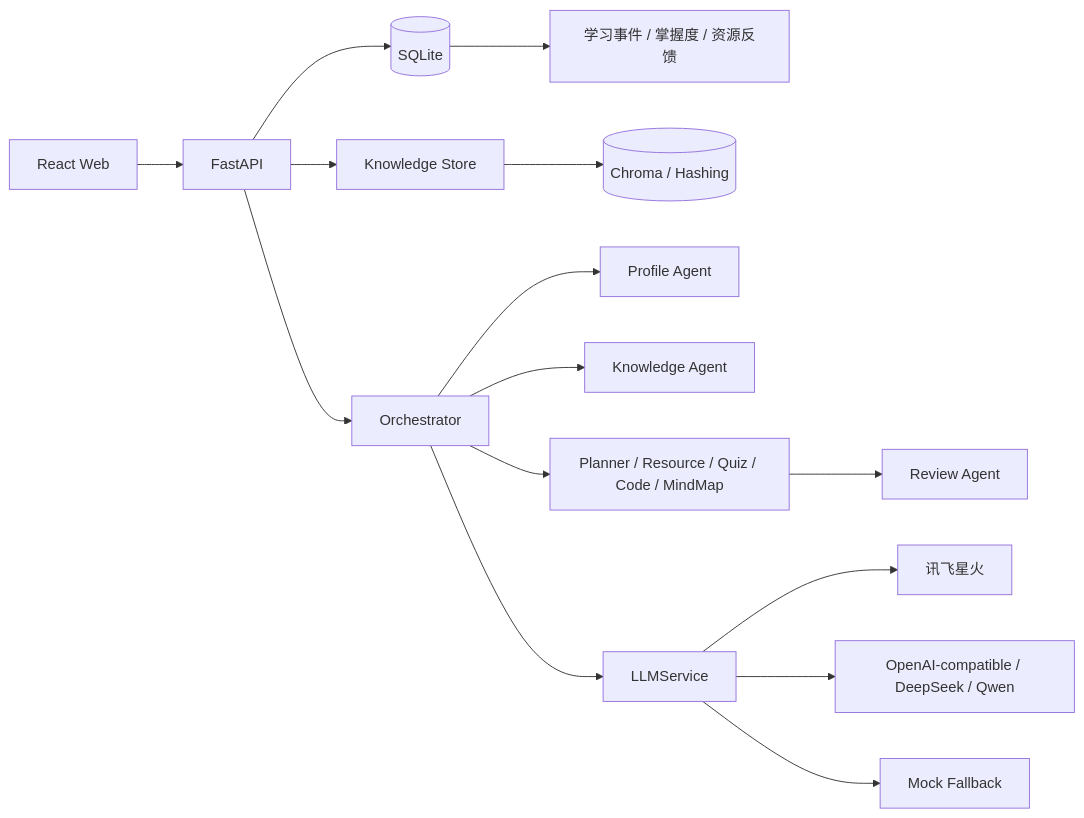
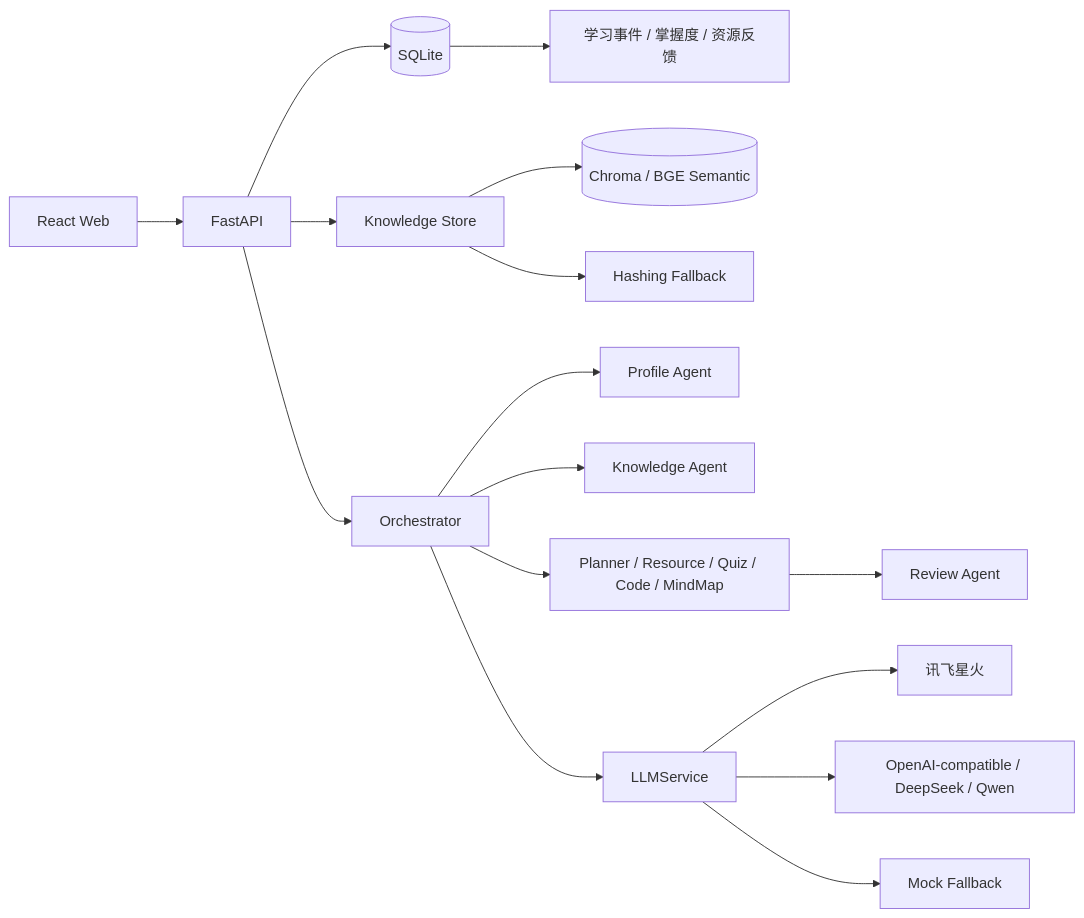
Before and after one commit to muyou2/ruanjianbei: the diagram in docs/ARCHITECTURE.md, drawn with Mermaid. The commit also changed other lines of this file and 28 other files, not shown here.

````diff
--- a/docs/ARCHITECTURE.md
+++ b/docs/ARCHITECTURE.md
@@ -3,17 +3,18 @@
 ```mermaid
 flowchart LR
   UI[React Web] --> API[FastAPI]
   API --> DB[(SQLite)]
   DB --> EVT[学习事件 / 掌握度 / 资源反馈]
   API --> KB[Knowledge Store]
-  KB --> CH[(Chroma / Hashing)]
+  KB --> CH[(Chroma / BGE Semantic)]
+  KB --> HASH[Hashing Fallback]
   API --> ORCH[Orchestrator]
   ORCH --> P[Profile Agent]
   ORCH --> K[Knowledge Agent]
   ORCH --> G[Planner / Resource / Quiz / Code / MindMap]
   G --> R[Review Agent]
   ORCH --> LLM[LLMService]
   LLM --> S[讯飞星火]
   LLM --> O[OpenAI-compatible / DeepSeek / Qwen]
   LLM --> M[Mock Fallback]
 ```
````
